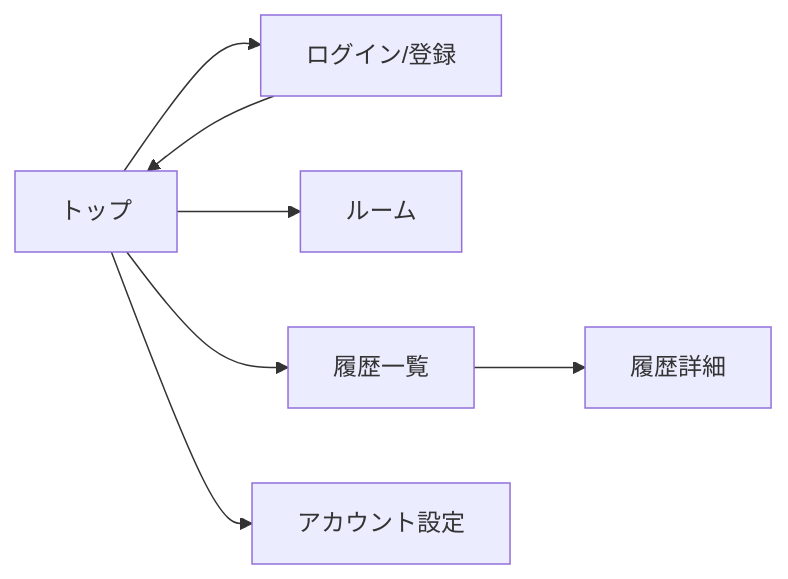
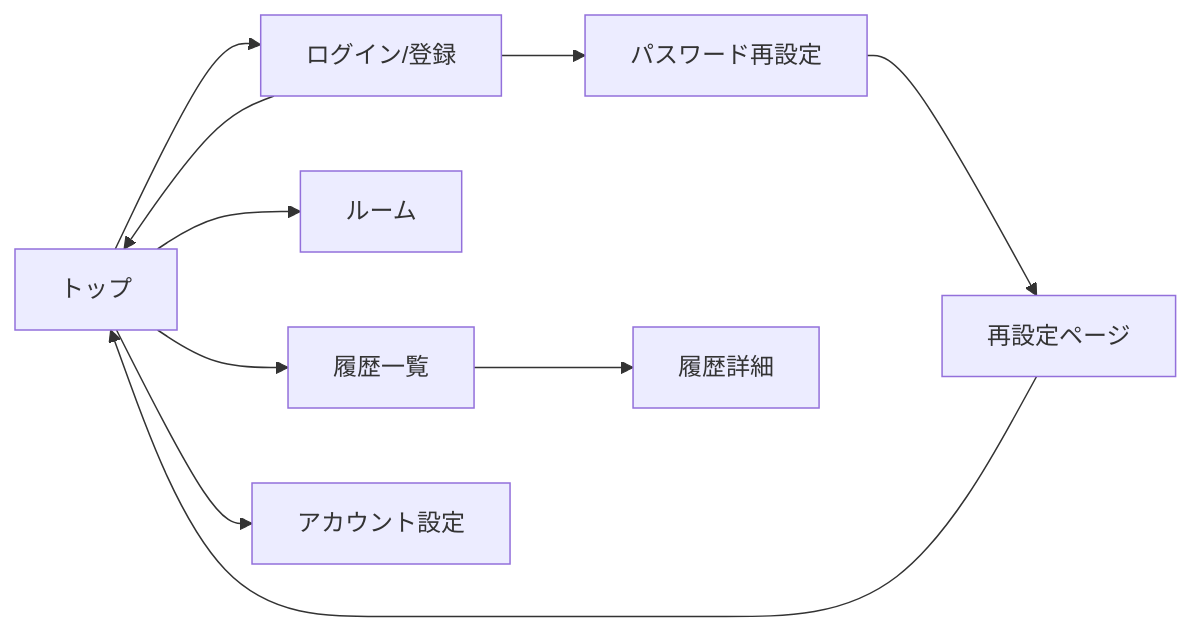
Before and after one commit to must9811/OekakiBattle: the diagram in docs/requirements/アカウント・履歴設計.md, drawn with Mermaid. The commit also changed other lines of this file and 29 other files, not shown here.

````diff
--- a/docs/requirements/アカウント・履歴設計.md
+++ b/docs/requirements/アカウント・履歴設計.md
@@ -47,9 +49,12 @@
 ```mermaid
 flowchart LR
   Top[トップ] --> Login[ログイン/登録]
   Login --> Top
+  Login --> Reset[パスワード再設定]
+  Reset --> ResetPage[再設定ページ]
+  ResetPage --> Top
   Top --> Room[ルーム]
   Top --> History[履歴一覧]
   History --> Detail[履歴詳細]
   Top --> Settings[アカウント設定]
 ```
````
